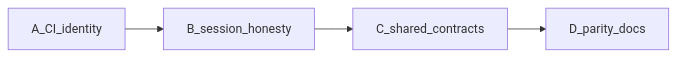
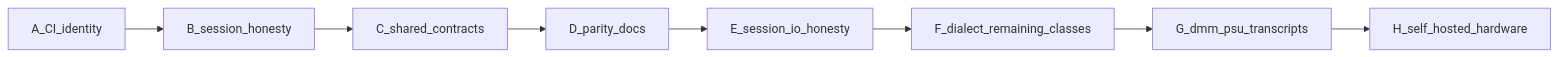
Before and after one commit to josh-hemphill/instrument-componenets-rs: the diagram in docs/roadmap.md, drawn with Mermaid. The commit also changed other lines of this file and 21 other files, not shown here.

Commit message:
Session I/O honesty: query retry, honest probes, fail-closed reads (#10)

````diff
--- a/docs/roadmap.md
+++ b/docs/roadmap.md
@@ -11,8 +9,12 @@
 ```mermaid
 flowchart LR
   A[A_CI_identity]
   B[B_session_honesty]
   C[C_shared_contracts]
   D[D_parity_docs]
-  A --> B --> C --> D
+  E[E_session_io_honesty]
+  F[F_dialect_remaining_classes]
+  G[G_dmm_psu_transcripts]
+  H[H_self_hosted_hardware]
+  A --> B --> C --> D --> E --> F --> G --> H
 ```
````
